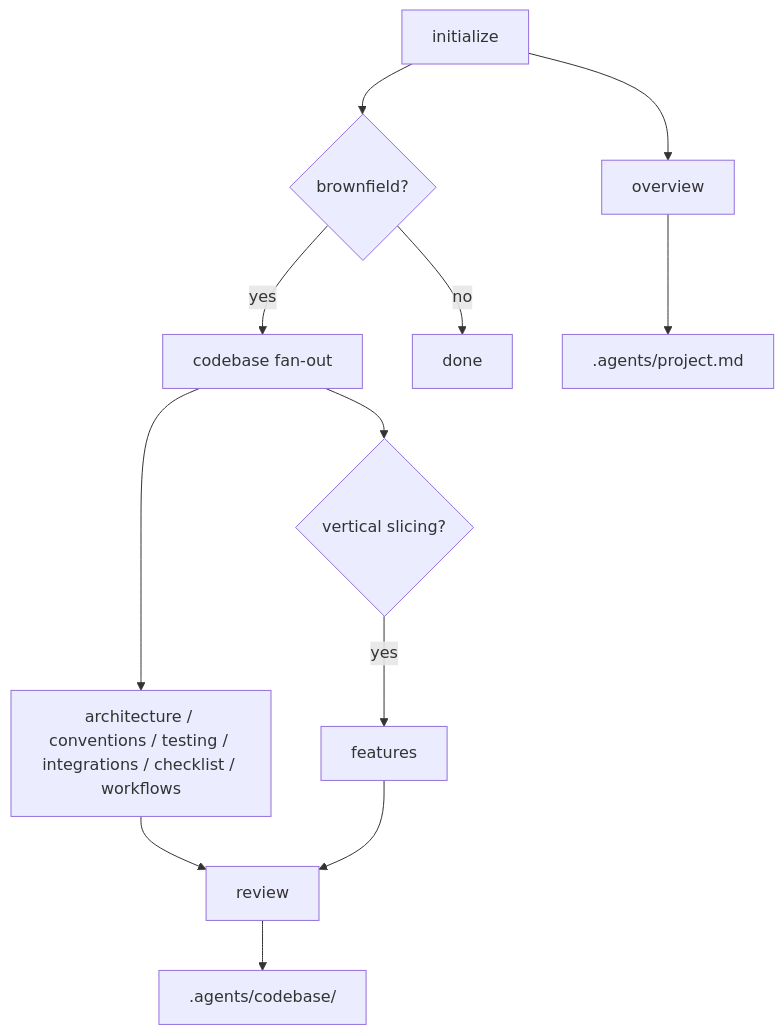
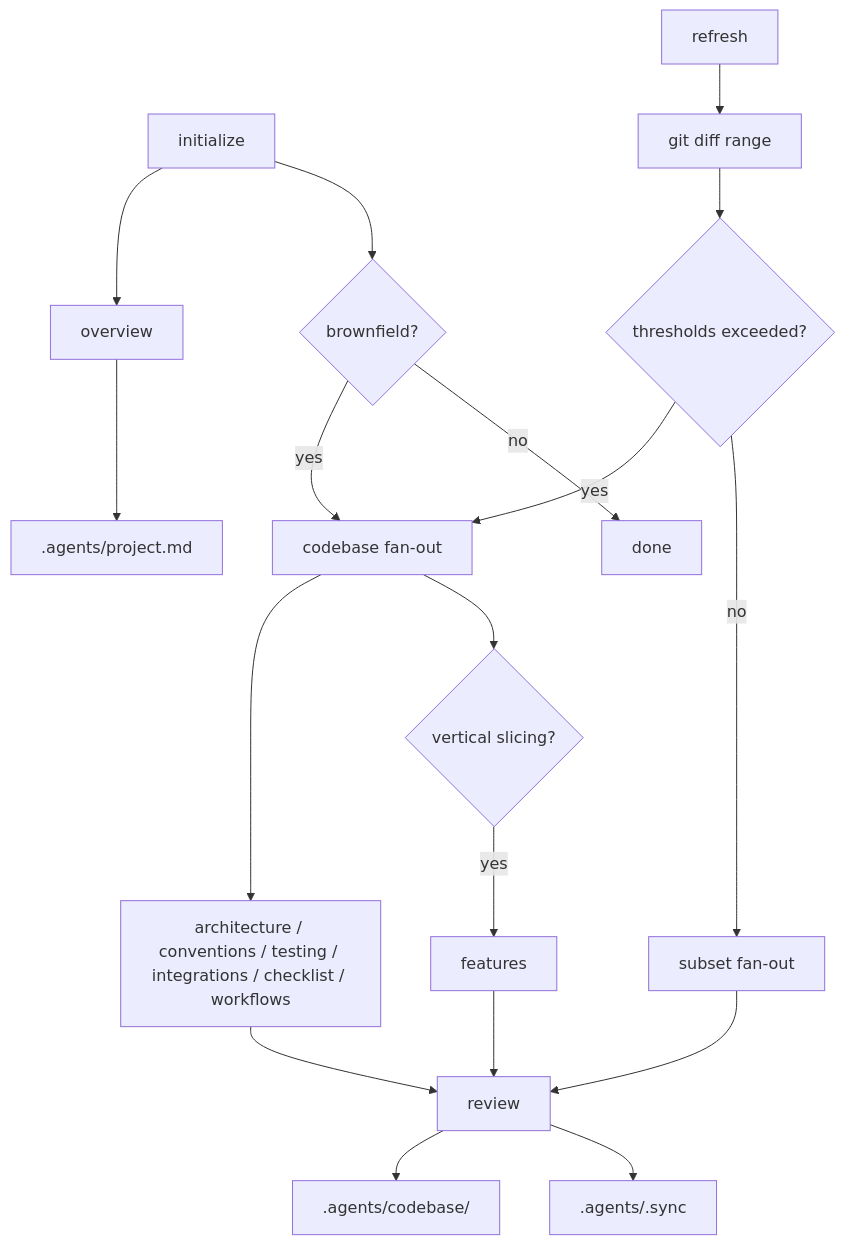
The diagram in skills/engineering/project-index/README.md (adeonir/agent-skills), drawn with Mermaid before and after one commit. The commit also changed other lines of this file and 2 other files, not shown here.

First line of the commit message:
feat(project-index): add incremental refresh from git diff

````diff
--- a/skills/engineering/project-index/README.md
+++ b/skills/engineering/project-index/README.md
@@ -10,14 +10,20 @@
 ```mermaid
 flowchart TD
     A[initialize] --> B[overview]
     A --> C{brownfield?}
     C -->|yes| D[codebase fan-out]
     C -->|no| E[done]
     D --> F[architecture / conventions / testing / integrations / checklist / workflows]
     D --> J{vertical slicing?}
     J -->|yes| K[features]
     F --> G[review]
     K --> G
     B --> H[.agents/project.md]
     G --> I[.agents/codebase/]
+    R[refresh] --> S[git diff range]
+    S --> T{thresholds exceeded?}
+    T -->|yes| D
+    T -->|no| U[subset fan-out]
+    U --> G
+    G --> V[.agents/.sync]
 ```
````
